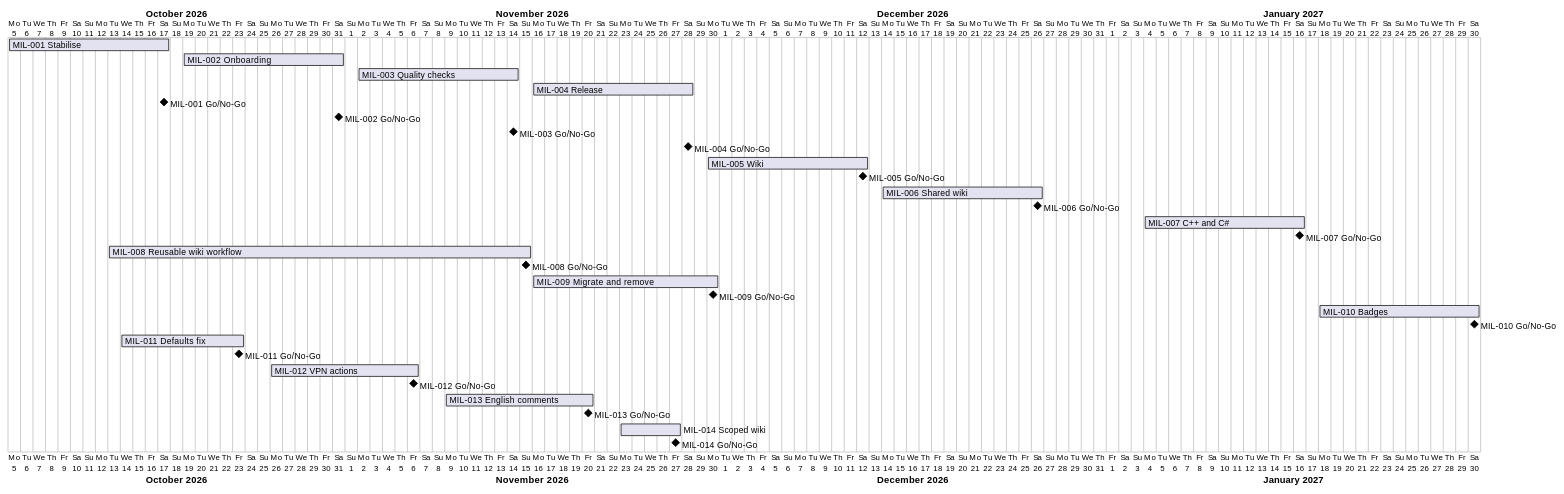
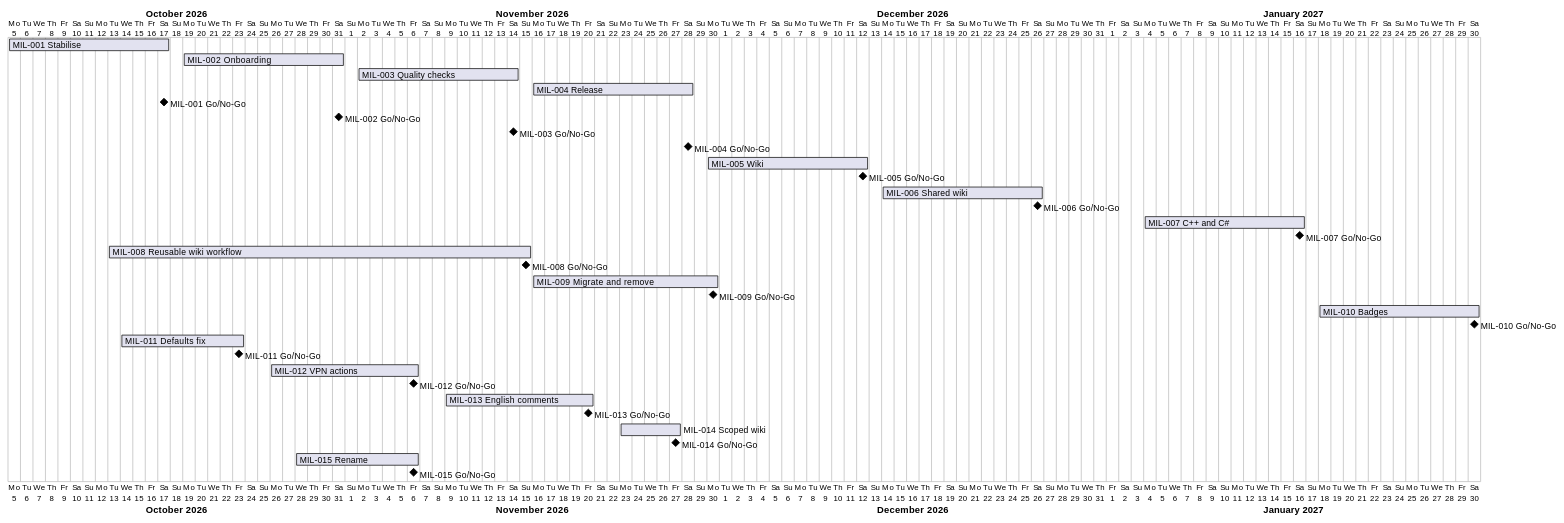
The diagram in docs/project-plan.md (TirSystem/git-workflows), drawn with PlantUML before and after one commit. The commit also changed other lines of this file and 4 other files, not shown here.

Commit message:
Plan MIL-015: rename the repository references to git-workflows (RC-087)

````diff
--- a/docs/project-plan.md
+++ b/docs/project-plan.md
@@ -51,33 +53,35 @@
 ```plantuml
 @startgantt
 Project starts 2026-10-05
 [MIL-001 Stabilise] starts 2026-10-05 and ends 2026-10-17
 [MIL-002 Onboarding] starts 2026-10-19 and ends 2026-10-31
 [MIL-003 Quality checks] starts 2026-11-02 and ends 2026-11-14
 [MIL-004 Release] starts 2026-11-16 and ends 2026-11-28
 [MIL-001 Go/No-Go] happens 2026-10-17
 [MIL-002 Go/No-Go] happens 2026-10-31
 [MIL-003 Go/No-Go] happens 2026-11-14
 [MIL-004 Go/No-Go] happens 2026-11-28
 [MIL-005 Wiki] starts 2026-11-30 and ends 2026-12-12
 [MIL-005 Go/No-Go] happens 2026-12-12
 [MIL-006 Shared wiki] starts 2026-12-14 and ends 2026-12-26
 [MIL-006 Go/No-Go] happens 2026-12-26
 [MIL-007 C++ and C#] starts 2027-01-04 and ends 2027-01-16
 [MIL-007 Go/No-Go] happens 2027-01-16
 [MIL-008 Reusable wiki workflow] starts 2026-10-13 and ends 2026-11-15
 [MIL-008 Go/No-Go] happens 2026-11-15
 [MIL-009 Migrate and remove] starts 2026-11-16 and ends 2026-11-30
 [MIL-009 Go/No-Go] happens 2026-11-30
 [MIL-010 Badges] starts 2027-01-18 and ends 2027-01-30
 [MIL-010 Go/No-Go] happens 2027-01-30
 [MIL-011 Defaults fix] starts 2026-10-14 and ends 2026-10-23
 [MIL-011 Go/No-Go] happens 2026-10-23
 [MIL-012 VPN actions] starts 2026-10-26 and ends 2026-11-06
 [MIL-012 Go/No-Go] happens 2026-11-06
 [MIL-013 English comments] starts 2026-11-09 and ends 2026-11-20
 [MIL-013 Go/No-Go] happens 2026-11-20
 [MIL-014 Scoped wiki] starts 2026-11-23 and ends 2026-11-27
 [MIL-014 Go/No-Go] happens 2026-11-27
+[MIL-015 Rename] starts 2026-10-28 and ends 2026-11-06
+[MIL-015 Go/No-Go] happens 2026-11-06
 @endgantt
 ```
````
